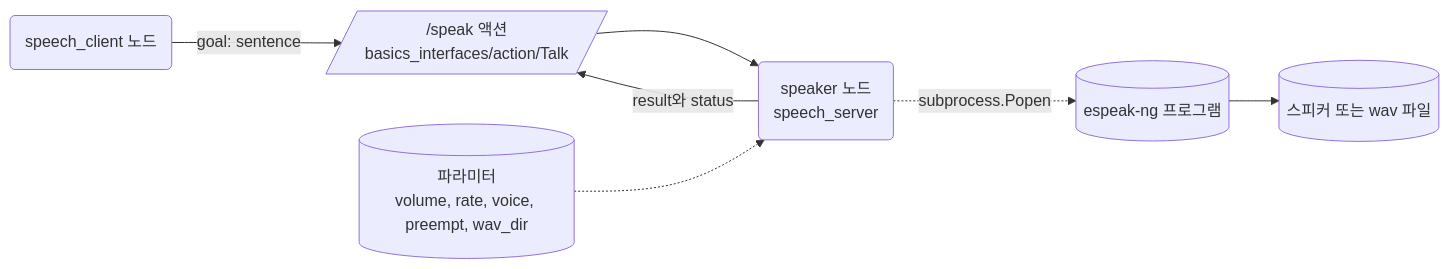
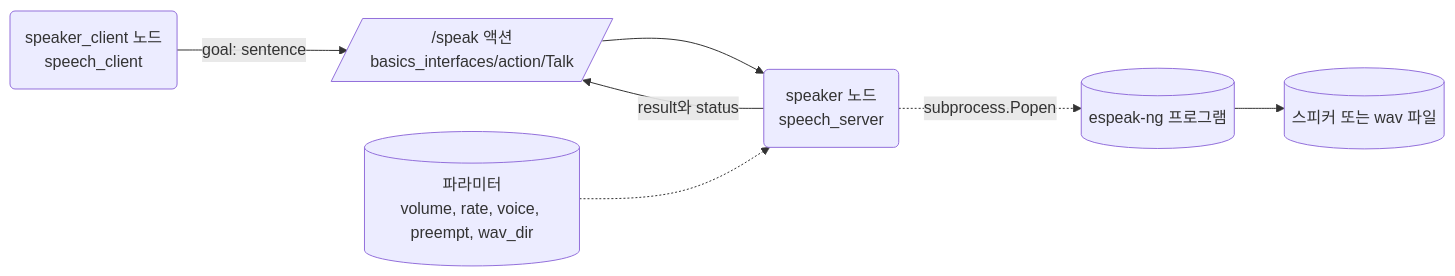
The first of 4 diagrams in ch19_software_library.md (PJW-1/rosbook_guide), drawn with Mermaid before and after one commit. The commit also changed other lines of this file and 4 other files, not shown here.

````diff
--- a/ch19_software_library.md
+++ b/ch19_software_library.md
@@ -11,9 +11,9 @@
 ```mermaid
 flowchart LR
-  client("speech_client 노드") -->|"goal: sentence"| speak[/"/speak 액션<br/>basics_interfaces/action/Talk"/]
+  client("speaker_client 노드<br/>speech_client") -->|"goal: sentence"| speak[/"/speak 액션<br/>basics_interfaces/action/Talk"/]
   speak --> server("speaker 노드<br/>speech_server")
   server -->|"result와 status"| speak
   params[("파라미터<br/>volume, rate, voice, preempt, wav_dir")] -.-> server
   server -.->|"subprocess.Popen"| espeak[("espeak-ng 프로그램")]
   espeak --> out[("스피커 또는 wav 파일")]
 ```
````
